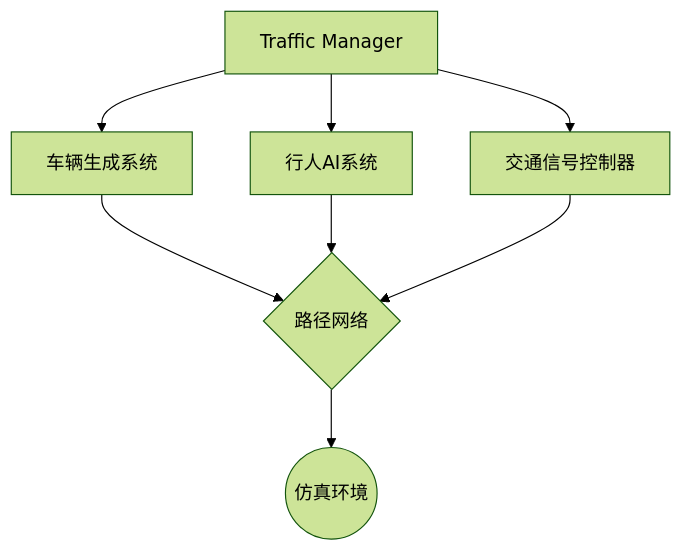
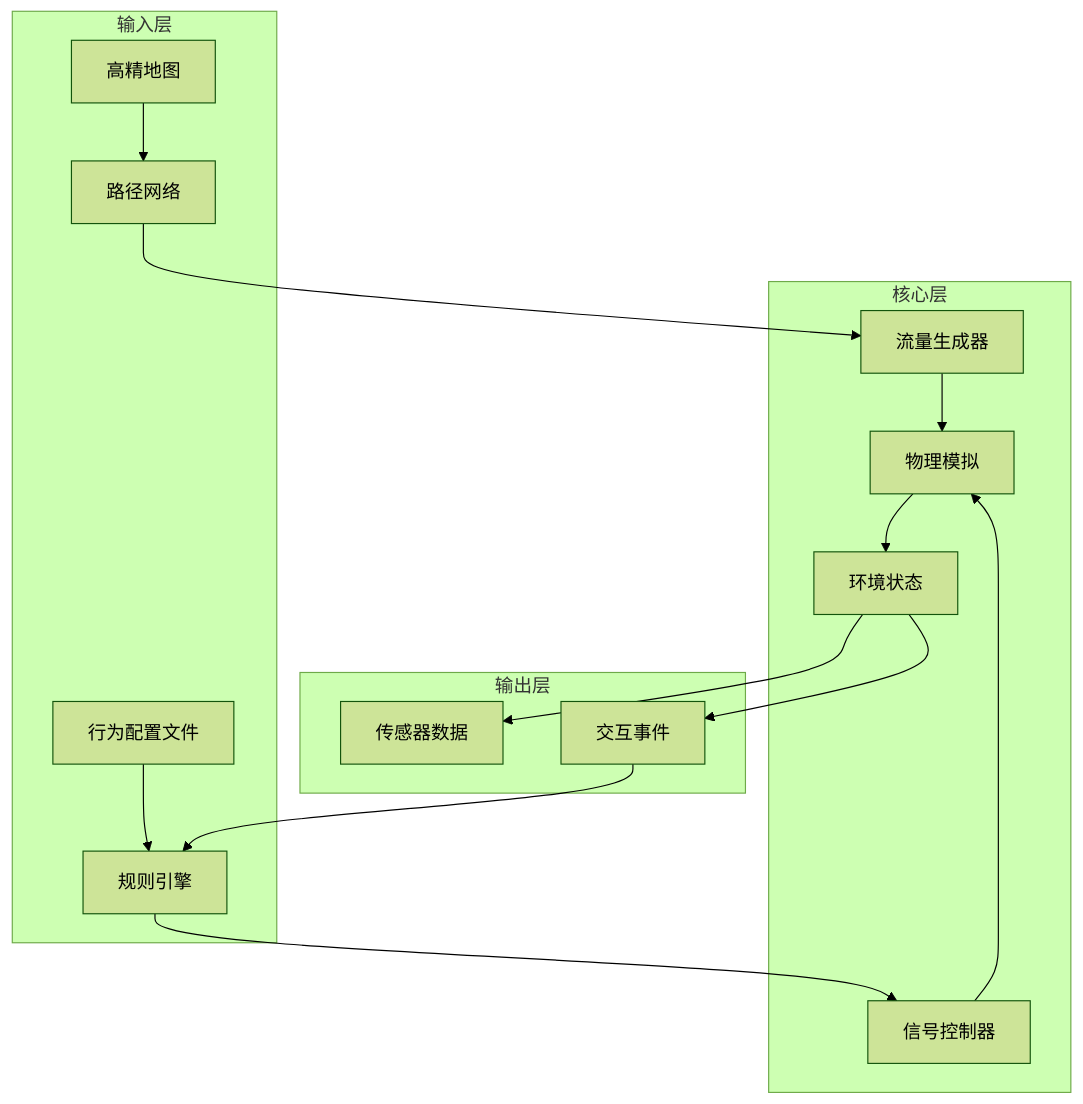
The first of 6 diagrams in docs/modules/Traffic.md (OpenHUTB/carla_doc), drawn with Mermaid (forest theme) before and after one commit. The commit also changed other lines of this file, not shown here.

Commit message:
traffic模块 更改模块架构及工程实践要点，尝试解决网页端加载问题 (#364)
* Update Traffic.md

补充部分内容，流程图等

* Update Traffic.md

删除了部分冗余内容，在使用示例处更新了车辆生成流程图

* Update Traffic.md

增加交通信号控制流程图和路径网络验证流程图

* Update Traffic.md

更新traffic模块核心功能部分内容，高级配置相关内容，增加参数表格说明

* Update Traffic.md

增加接口定义API部分，调整原来文档间顺序

* Update Traffic.md

补充模块车辆生成系统部分的模块逻辑和工程应用场景

* Update Traffic.md

更新行人AI系统部分的模块逻辑和工程应用场景

* Update Traffic.md

更改模块架构及工程实践要点，尝试解决网页端加载问题

````diff
--- a/docs/modules/Traffic.md
+++ b/docs/modules/Traffic.md
@@ -56,10 +56,22 @@
 ```mermaid
 graph TD
-  A[Traffic Manager] --> B[车辆生成系统]
-  A --> C[行人AI系统]
-  A --> D[交通信号控制器]
-  B --> E{路径网络}
-  C --> E
-  D --> E
-  E --> F((仿真环境))
+  subgraph 输入层
+    A[高精地图] --> B[路径网络]
+    C[行为配置文件] --> D[规则引擎]
+  end
+  
+  subgraph 核心层
+    B --> E[流量生成器]
+    D --> F[信号控制器]
+    E --> G[物理模拟]
+    F --> G
+    G --> H[环境状态]
+  end
+  
+  subgraph 输出层
+    H --> I[传感器数据]
+    H --> J[交互事件]
+  end
+  
+  J --> D[规则引擎]
 ```
````
